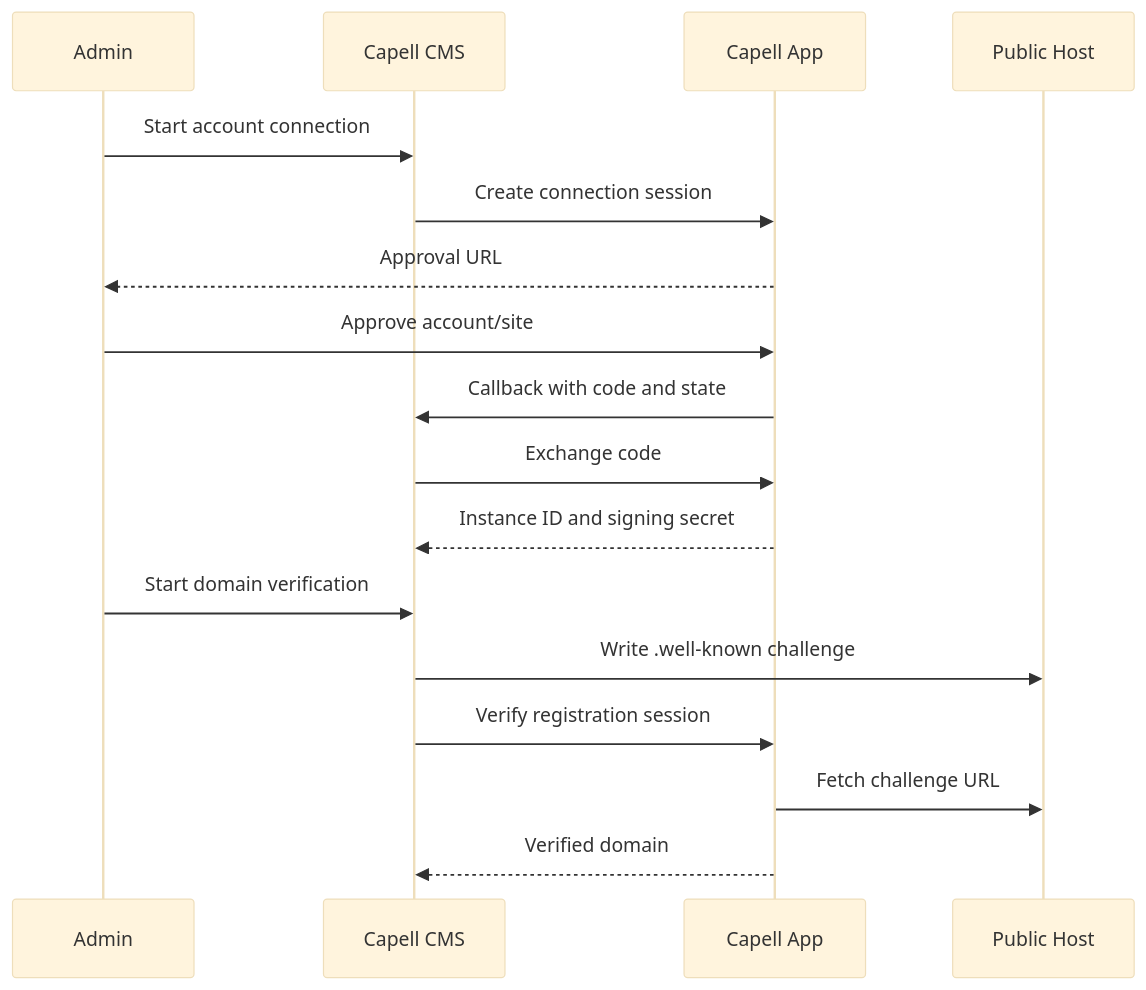
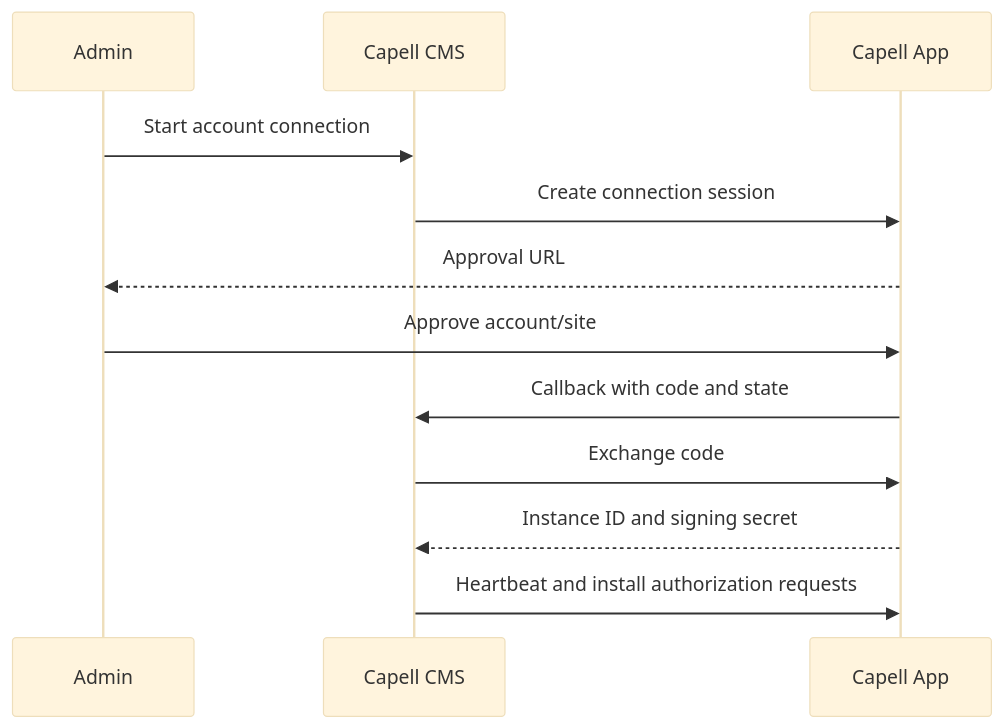
Before and after one commit to capell-app/capell: the fourth of 6 diagrams in docs/reference/architecture-diagrams.md, drawn with Mermaid (base theme). The commit also changed 33 other files, not shown here.

````diff
--- a/docs/reference/architecture-diagrams.md
+++ b/docs/reference/architecture-diagrams.md
@@ -56,20 +56,15 @@
 ```mermaid
 sequenceDiagram
     participant Admin
     participant CMS as Capell CMS
     participant App as Capell App
-    participant Public as Public Host
 
     Admin->>CMS: Start account connection
     CMS->>App: Create connection session
     App-->>Admin: Approval URL
     Admin->>App: Approve account/site
     App->>CMS: Callback with code and state
     CMS->>App: Exchange code
     App-->>CMS: Instance ID and signing secret
-    Admin->>CMS: Start domain verification
-    CMS->>Public: Write .well-known challenge
-    CMS->>App: Verify registration session
-    App->>Public: Fetch challenge URL
-    App-->>CMS: Verified domain
+    CMS->>App: Heartbeat and install authorization requests
 ```
````
